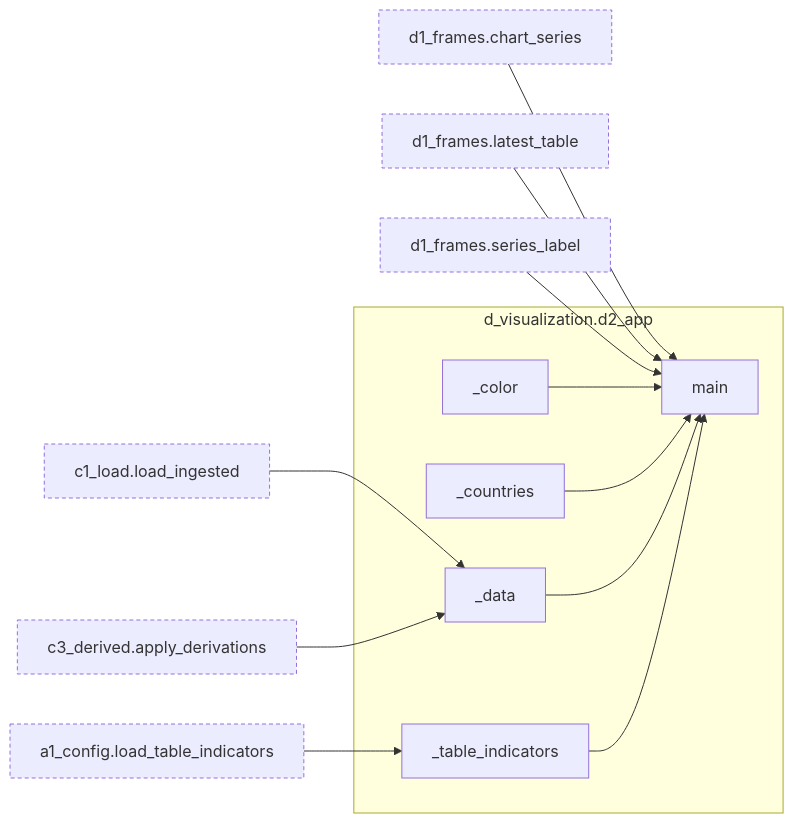
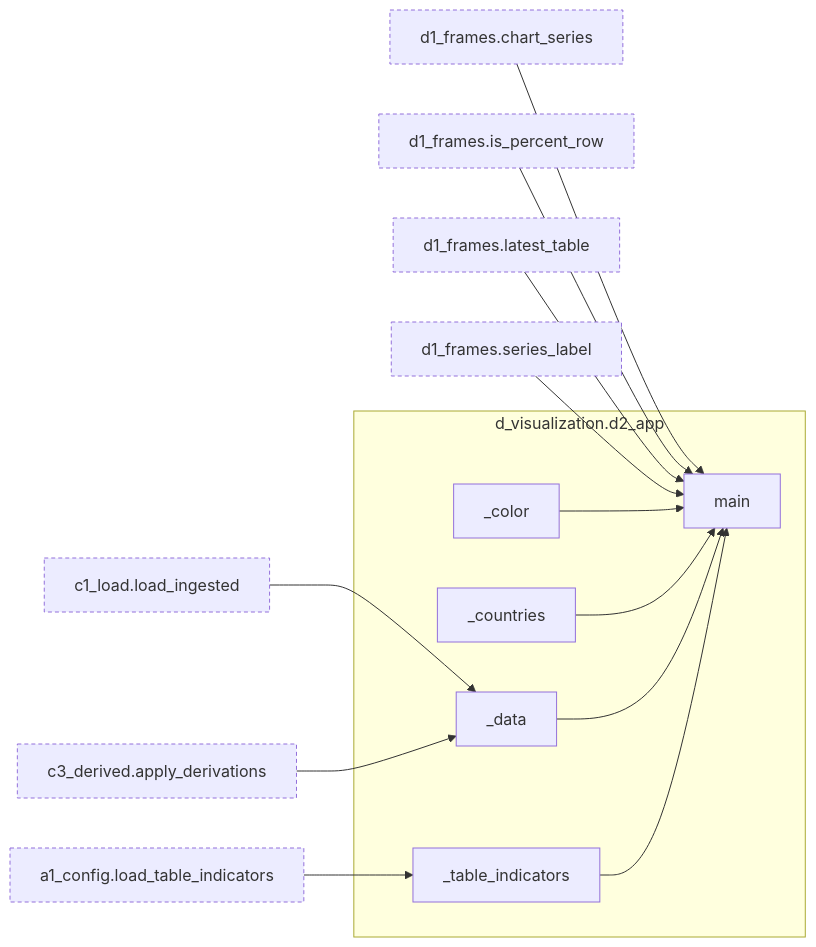
Before and after one commit to bsawyerg15/MacroScan: diagram 15 of 15 in docs/architecture.md, drawn with Mermaid. The commit also changed other lines of this file and 11 other files, not shown here.

````diff
--- a/docs/architecture.md
+++ b/docs/architecture.md
@@ -1186,38 +1225,41 @@
 ```mermaid
 flowchart LR
   subgraph this["d_visualization.d2_app"]
     n_d_visualization_d2_app__color["_color"]
     n_d_visualization_d2_app__countries["_countries"]
     n_d_visualization_d2_app__data["_data"]
     n_d_visualization_d2_app__table_indicators["_table_indicators"]
     n_d_visualization_d2_app_main["main"]
   end
   n_a_core_a1_config_load_table_indicators["a1_config.load_table_indicators"]:::ext
   n_c_transform_c1_load_load_ingested["c1_load.load_ingested"]:::ext
   n_c_transform_c3_derived_apply_derivations["c3_derived.apply_derivations"]:::ext
   n_d_visualization_d1_frames_chart_series["d1_frames.chart_series"]:::ext
+  n_d_visualization_d1_frames_is_percent_row["d1_frames.is_percent_row"]:::ext
   n_d_visualization_d1_frames_latest_table["d1_frames.latest_table"]:::ext
   n_d_visualization_d1_frames_series_label["d1_frames.series_label"]:::ext
   n_c_transform_c1_load_load_ingested --> n_d_visualization_d2_app__data
   n_c_transform_c3_derived_apply_derivations --> n_d_visualization_d2_app__data
   n_a_core_a1_config_load_table_indicators --> n_d_visualization_d2_app__table_indicators
   n_d_visualization_d1_frames_chart_series --> n_d_visualization_d2_app_main
+  n_d_visualization_d1_frames_is_percent_row --> n_d_visualization_d2_app_main
   n_d_visualization_d1_frames_latest_table --> n_d_visualization_d2_app_main
   n_d_visualization_d1_frames_series_label --> n_d_visualization_d2_app_main
   n_d_visualization_d2_app__color --> n_d_visualization_d2_app_main
   n_d_visualization_d2_app__countries --> n_d_visualization_d2_app_main
   n_d_visualization_d2_app__data --> n_d_visualization_d2_app_main
   n_d_visualization_d2_app__table_indicators --> n_d_visualization_d2_app_main
   click n_a_core_a1_config_load_table_indicators href "#fn-a_core-a1_config-load_table_indicators"
   click n_c_transform_c1_load_load_ingested href "#fn-c_transform-c1_load-load_ingested"
   click n_c_transform_c3_derived_apply_derivations href "#fn-c_transform-c3_derived-apply_derivations"
   click n_d_visualization_d1_frames_chart_series href "#fn-d_visualization-d1_frames-chart_series"
+  click n_d_visualization_d1_frames_is_percent_row href "#fn-d_visualization-d1_frames-is_percent_row"
   click n_d_visualization_d1_frames_latest_table href "#fn-d_visualization-d1_frames-latest_table"
   click n_d_visualization_d1_frames_series_label href "#fn-d_visualization-d1_frames-series_label"
   click n_d_visualization_d2_app__color href "#fn-d_visualization-d2_app-_color"
   click n_d_visualization_d2_app__countries href "#fn-d_visualization-d2_app-_countries"
   click n_d_visualization_d2_app__data href "#fn-d_visualization-d2_app-_data"
   click n_d_visualization_d2_app__table_indicators href "#fn-d_visualization-d2_app-_table_indicators"
   click n_d_visualization_d2_app_main href "#fn-d_visualization-d2_app-main"
   classDef ext stroke-dasharray: 4 3
 ```
````
